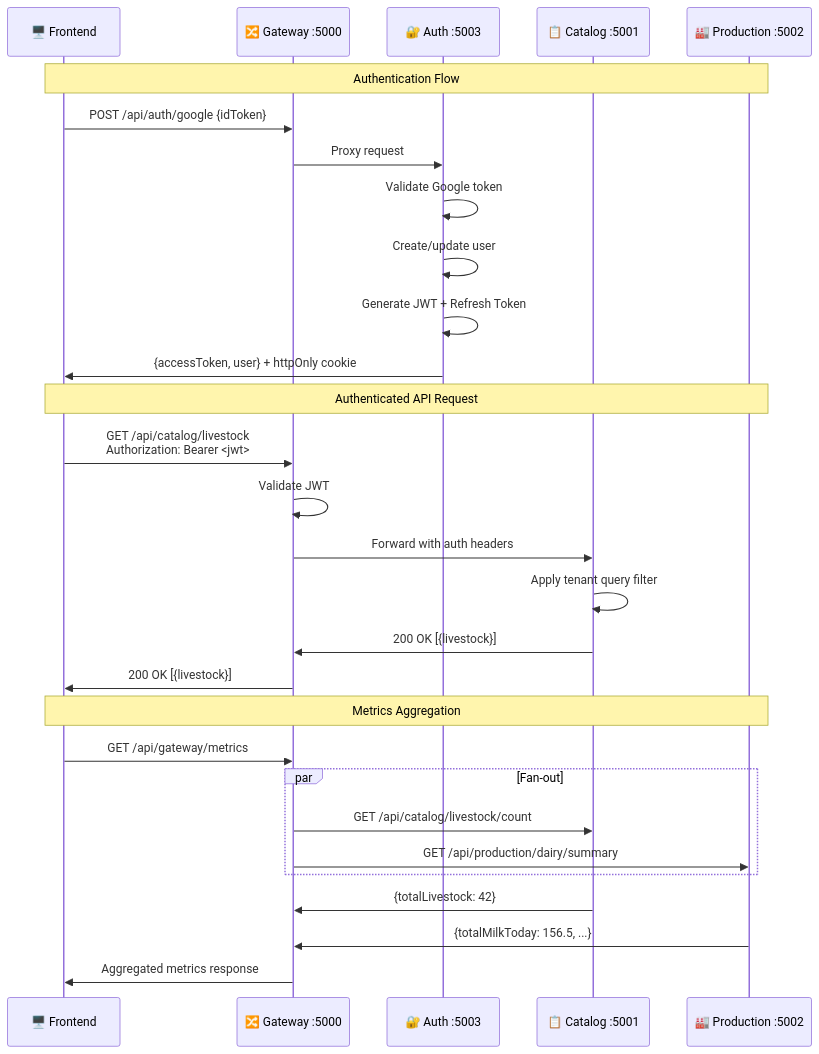
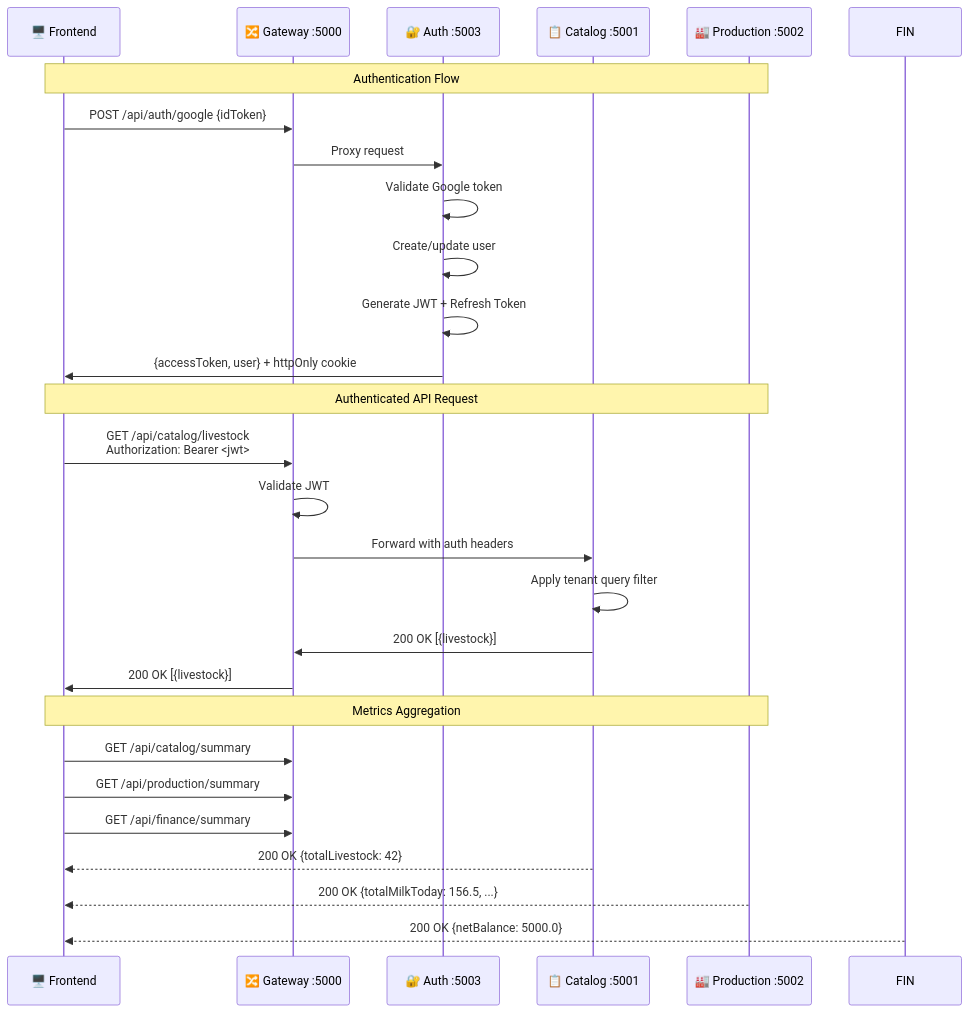
One commit to Aditya-Y-Gitte/farm-management-saas changed the second of 2 diagrams in README.md. Above: the diagram before and after it, drawn with Mermaid. The commit also changed 13 other files, not shown here.

````diff
--- a/README.md
+++ b/README.md
@@ -74,34 +74,32 @@
 ```mermaid
 sequenceDiagram
     participant FE as 🖥️ Frontend
     participant GW as 🔀 Gateway :5000
     participant AUTH as 🔐 Auth :5003
     participant CAT as 📋 Catalog :5001
     participant PROD as 🏭 Production :5002
 
     Note over FE,PROD: Authentication Flow
     FE->>GW: POST /api/auth/google {idToken}
     GW->>AUTH: Proxy request
     AUTH->>AUTH: Validate Google token
     AUTH->>AUTH: Create/update user
     AUTH->>AUTH: Generate JWT + Refresh Token
     AUTH->>FE: {accessToken, user} + httpOnly cookie
 
     Note over FE,PROD: Authenticated API Request
     FE->>GW: GET /api/catalog/livestock<br/>Authorization: Bearer <jwt>
     GW->>GW: Validate JWT
     GW->>CAT: Forward with auth headers
     CAT->>CAT: Apply tenant query filter
     CAT->>GW: 200 OK [{livestock}]
     GW->>FE: 200 OK [{livestock}]
 
     Note over FE,PROD: Metrics Aggregation
-    FE->>GW: GET /api/gateway/metrics
-    par Fan-out
-        GW->>CAT: GET /api/catalog/livestock/count
-        GW->>PROD: GET /api/production/dairy/summary
-    end
-    CAT->>GW: {totalLivestock: 42}
-    PROD->>GW: {totalMilkToday: 156.5, ...}
-    GW->>FE: Aggregated metrics response
+    FE->>GW: GET /api/catalog/summary
+    FE->>GW: GET /api/production/summary
+    FE->>GW: GET /api/finance/summary
+    CAT-->>FE: 200 OK {totalLivestock: 42}
+    PROD-->>FE: 200 OK {totalMilkToday: 156.5, ...}
+    FIN-->>FE: 200 OK {netBalance: 5000.0}
 ```
````
